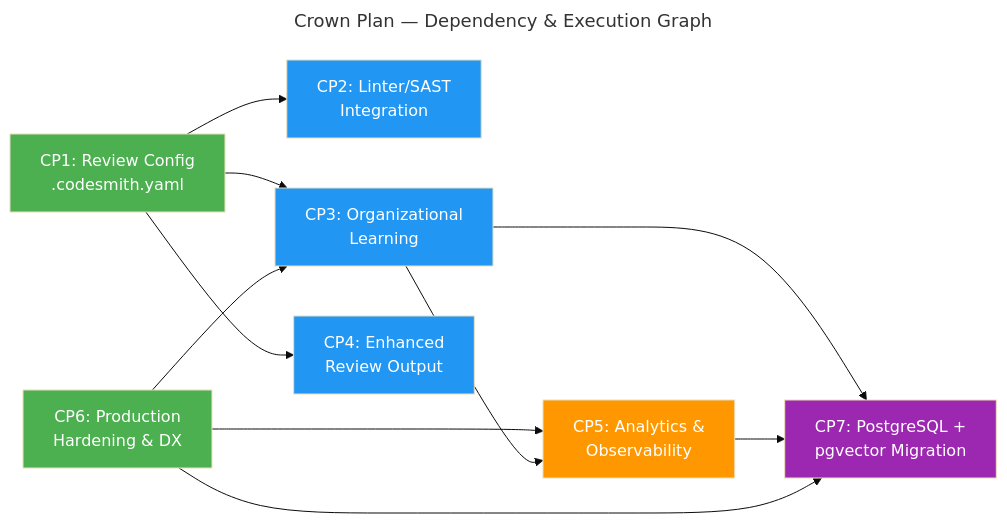
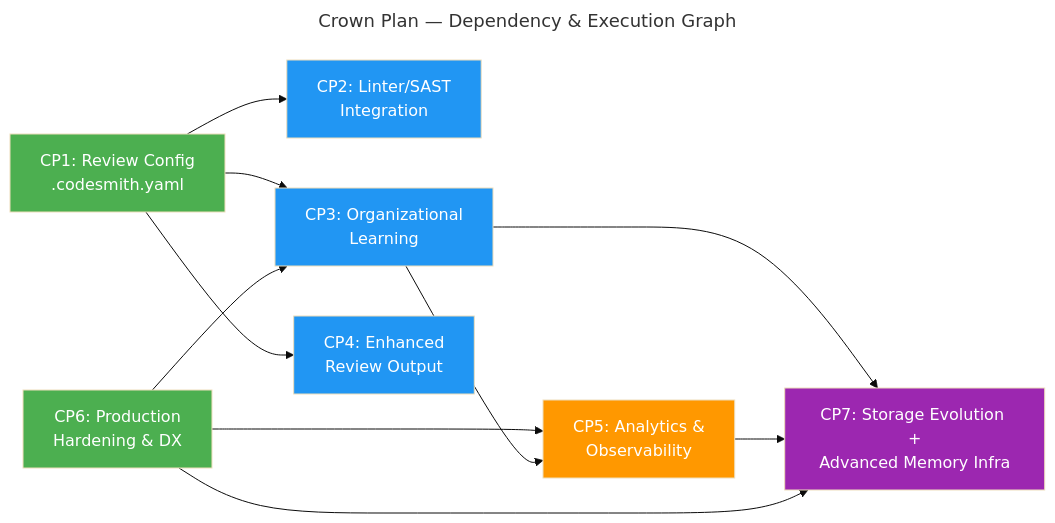
One commit to elis-salobehaj/code-smith changed the diagram in docs/plans/active/code-smith-crown-plan.md. Above: the diagram before and after it, drawn with Mermaid (base theme). The commit also changed other lines of this file and 7 other files, not shown here.

````diff
--- a/docs/plans/active/code-smith-crown-plan.md
+++ b/docs/plans/active/code-smith-crown-plan.md
@@ -71,33 +73,33 @@
 ```mermaid
 ---
 title: Crown Plan — Dependency & Execution Graph
 config:
   markdownAutoWrap: false
 ---
 flowchart LR
   CP1["CP1: Review Config\n.codesmith.yaml"]
   CP2["CP2: Linter/SAST\nIntegration"]
   CP3["CP3: Organizational\nLearning"]
   CP4["CP4: Enhanced\nReview Output"]
   CP5["CP5: Analytics &\nObservability"]
   CP6["CP6: Production\nHardening & DX"]
-  CP7["CP7: PostgreSQL +\npgvector Migration"]
+  CP7["CP7: Storage Evolution +\nAdvanced Memory Infra"]
 
   CP1 --> CP2
   CP1 --> CP3
   CP1 --> CP4
   CP6 --> CP3
   CP6 --> CP5
   CP3 --> CP5
   CP3 --> CP7
   CP5 --> CP7
   CP6 --> CP7
 
   style CP1 fill:#4CAF50,color:#fff
   style CP6 fill:#4CAF50,color:#fff
   style CP2 fill:#2196F3,color:#fff
   style CP3 fill:#2196F3,color:#fff
   style CP4 fill:#2196F3,color:#fff
   style CP5 fill:#FF9800,color:#fff
   style CP7 fill:#9C27B0,color:#fff
 ```
````
